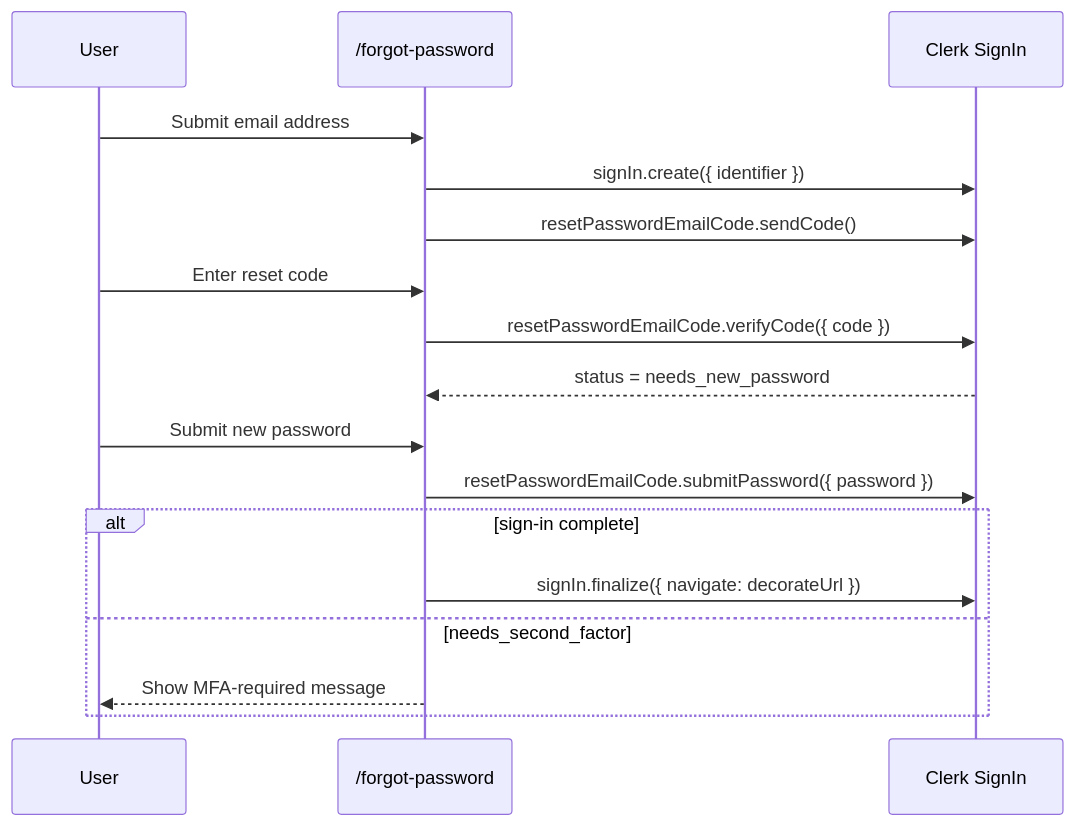
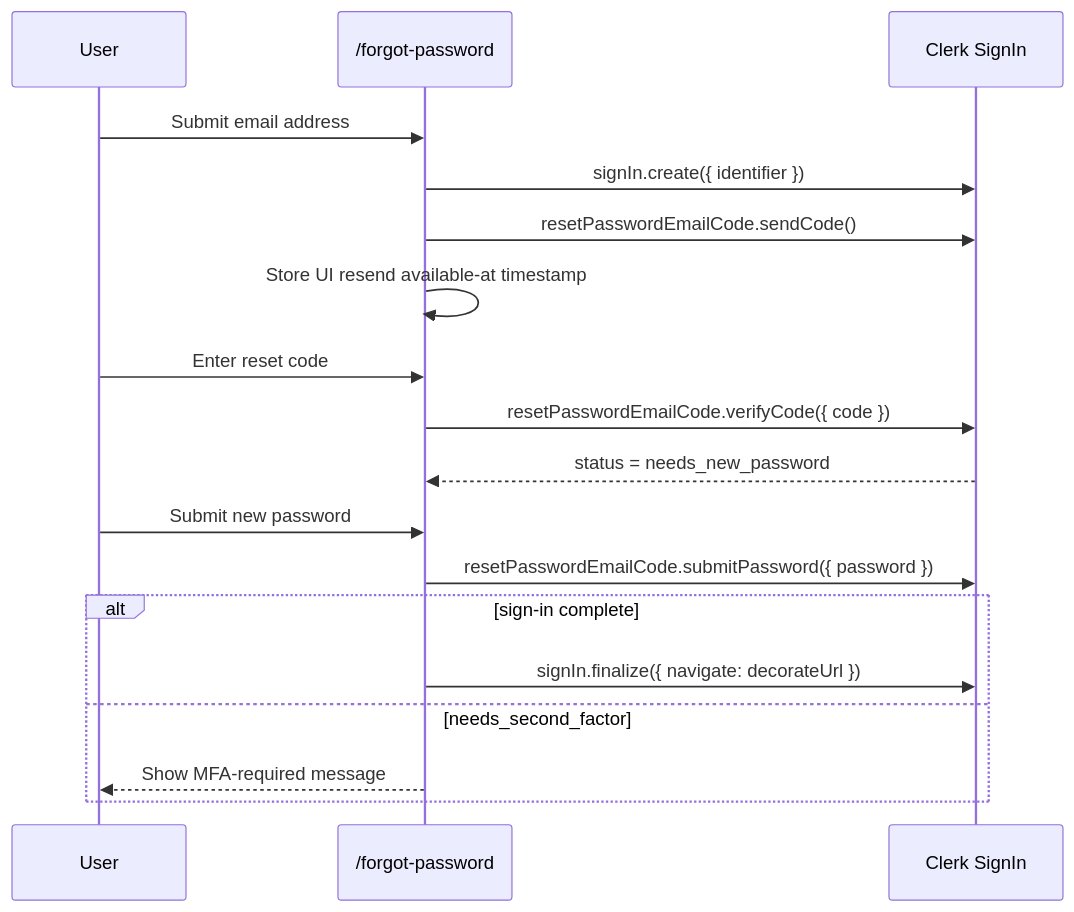
Before and after one commit to myusubov/tailorcv: the second of 2 diagrams in docs/architecture/auth/flows/README.md, drawn with Mermaid. The commit also changed other lines of this file and 16 other files, not shown here.

First line of the commit message:
feat(auth): refine password recovery flow

````diff
--- a/docs/architecture/auth/flows/README.md
+++ b/docs/architecture/auth/flows/README.md
@@ -85,20 +85,21 @@
 ```mermaid
 sequenceDiagram
     participant U as User
     participant F as /forgot-password
     participant C as Clerk SignIn
 
     U->>F: Submit email address
     F->>C: signIn.create({ identifier })
     F->>C: resetPasswordEmailCode.sendCode()
+    F->>F: Store UI resend available-at timestamp
     U->>F: Enter reset code
     F->>C: resetPasswordEmailCode.verifyCode({ code })
     C-->>F: status = needs_new_password
     U->>F: Submit new password
     F->>C: resetPasswordEmailCode.submitPassword({ password })
     alt sign-in complete
         F->>C: signIn.finalize({ navigate: decorateUrl })
     else needs_second_factor
         F-->>U: Show MFA-required message
     end
 ```
````
